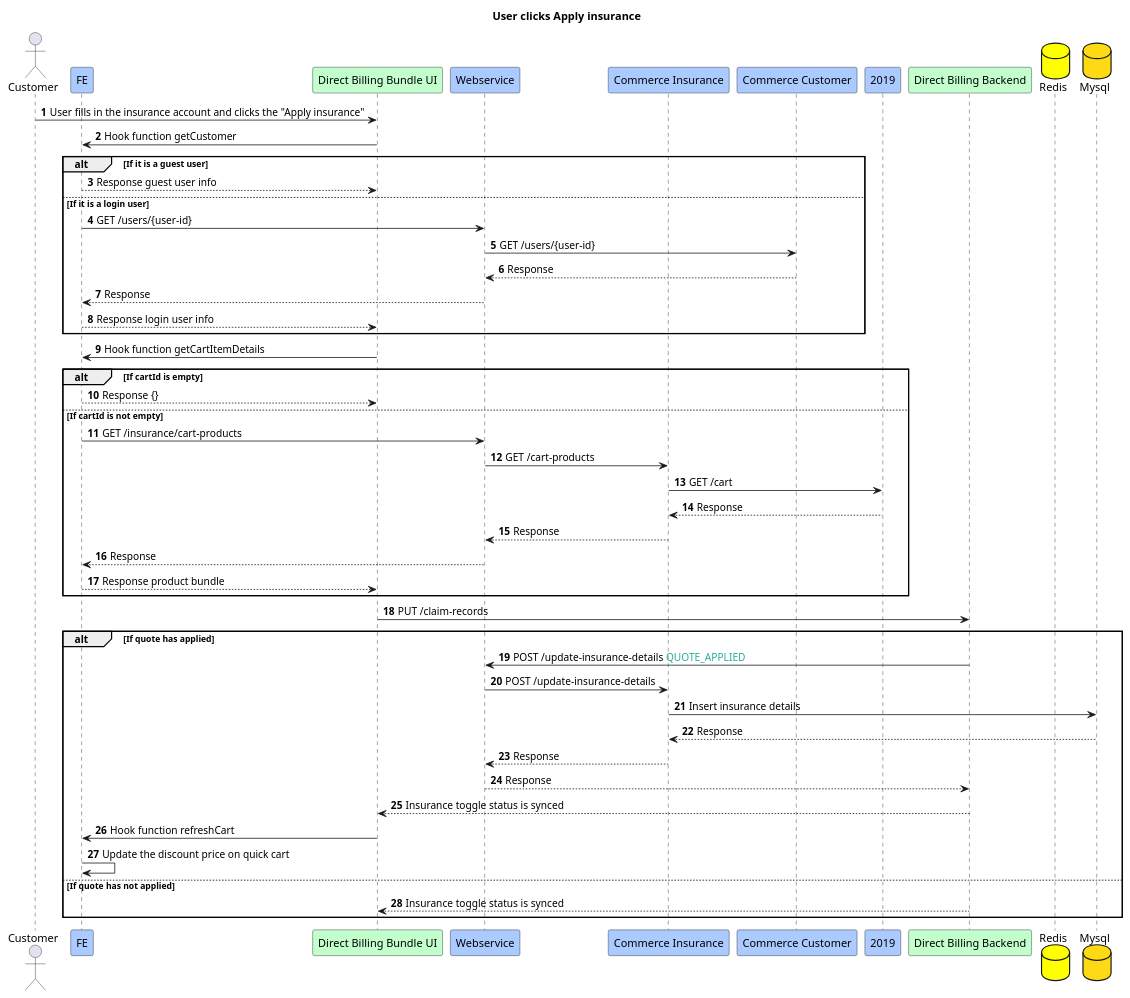
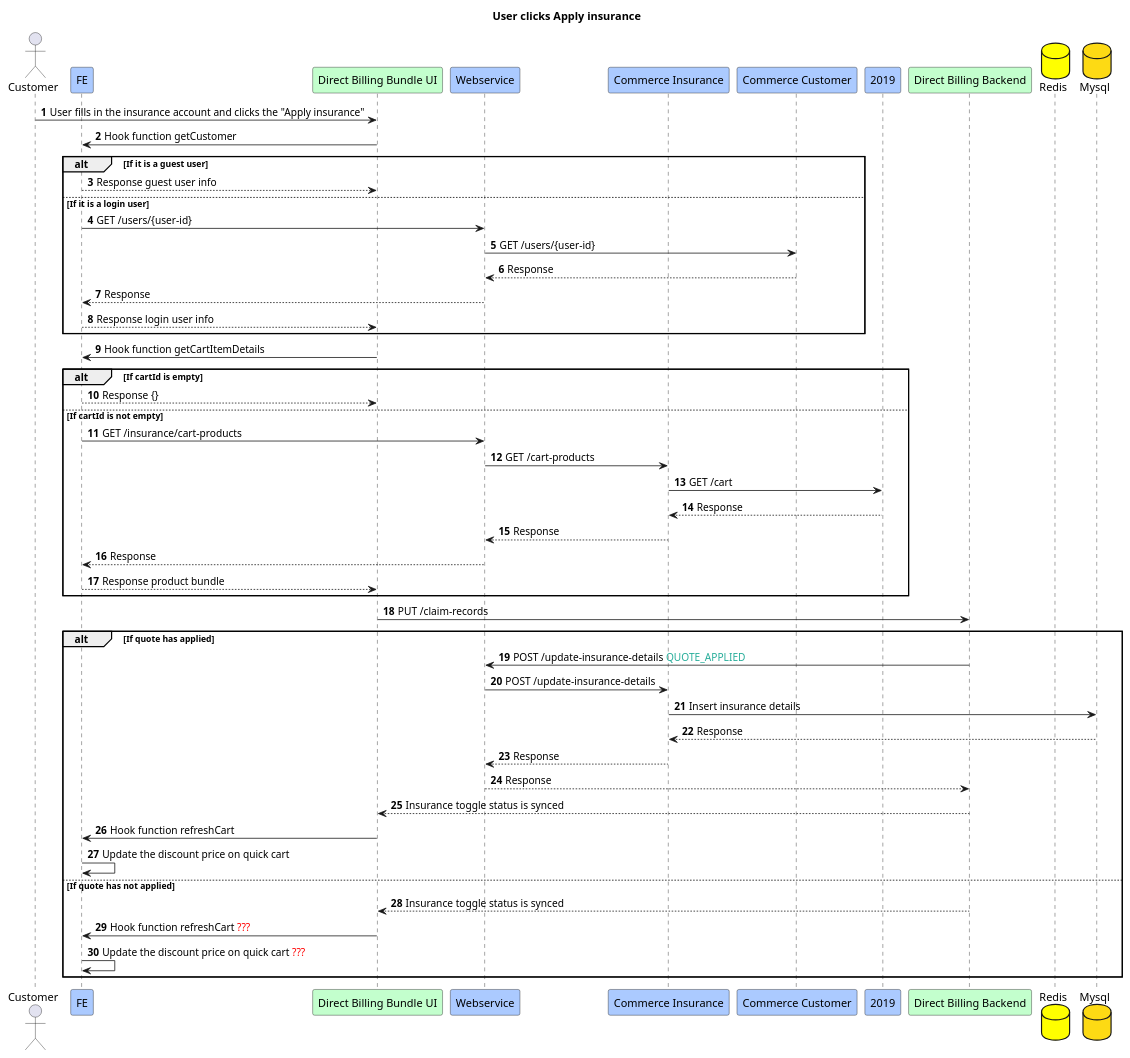
One commit to Jayounger/EyeMed-Sequence-Diagram changed the diagram in 4.Customer clicks Apply insurance on global header in other pages.puml. Above: the diagram before and after it, drawn with PlantUML. The commit also changed 32 other files, not shown here.

```diff
--- a/4.Customer clicks Apply insurance on global header in other pages.puml
+++ b/4.Customer clicks Apply insurance on global header in other pages.puml
@@ -1,56 +1,58 @@
 @startuml
 title User clicks Apply insurance
 actor Customer
 participant FE #abcaff
 participant "Direct Billing Bundle UI" #c3ffcd
 participant "Webservice" #abcaff
 participant "Commerce Insurance" #abcaff
 participant "Commerce Customer" #abcaff
 participant "2019" #abcaff
 participant "Direct Billing Backend" #c3ffcd
 database "Redis" #yellow
 database "Mysql" #fdda14
 
 autonumber
 Customer -> "Direct Billing Bundle UI":User fills in the insurance account and clicks the "Apply insurance"
 "Direct Billing Bundle UI" -> FE:Hook function getCustomer
 
 alt If it is a guest user
     FE --> "Direct Billing Bundle UI":Response guest user info
 else If it is a login user
     FE -> "Webservice":GET /users/{user-id}
     "Webservice" -> "Commerce Customer":GET /users/{user-id}
     "Commerce Customer" --> "Webservice":Response
     "Webservice" --> FE:Response
     FE --> "Direct Billing Bundle UI":Response login user info
 end
 
 "Direct Billing Bundle UI" -> FE:Hook function getCartItemDetails
 alt If cartId is empty
     FE --> "Direct Billing Bundle UI":Response {}
 else If cartId is not empty
     FE -> "Webservice":GET /insurance/cart-products
     "Webservice" -> "Commerce Insurance":GET /cart-products
     "Commerce Insurance" -> 2019:GET /cart
     2019 --> "Commerce Insurance":Response
     "Commerce Insurance" --> "Webservice":Response
     "Webservice" --> FE:Response
     FE --> "Direct Billing Bundle UI":Response product bundle
 end
 
 "Direct Billing Bundle UI" -> "Direct Billing Backend": PUT /claim-records
 
 alt If quote has applied
     "Direct Billing Backend" -> "Webservice":POST /update-insurance-details <font color=#27ad9a>QUOTE_APPLIED
     "Webservice" -> "Commerce Insurance":POST /update-insurance-details
     "Commerce Insurance" -> "Mysql":Insert insurance details
     "Mysql" --> "Commerce Insurance":Response
     "Commerce Insurance" --> "Webservice":Response
     "Webservice" --> "Direct Billing Backend":Response
     "Direct Billing Backend" --> "Direct Billing Bundle UI":Insurance toggle status is synced
     "Direct Billing Bundle UI" -> FE:Hook function refreshCart
     FE -> FE:Update the discount price on quick cart
 else If quote has not applied
     "Direct Billing Backend" --> "Direct Billing Bundle UI":Insurance toggle status is synced
+    "Direct Billing Bundle UI" -> FE:Hook function refreshCart <font color=red>???
+    FE -> FE:Update the discount price on quick cart <font color=red>???
 end
 @enduml
```
